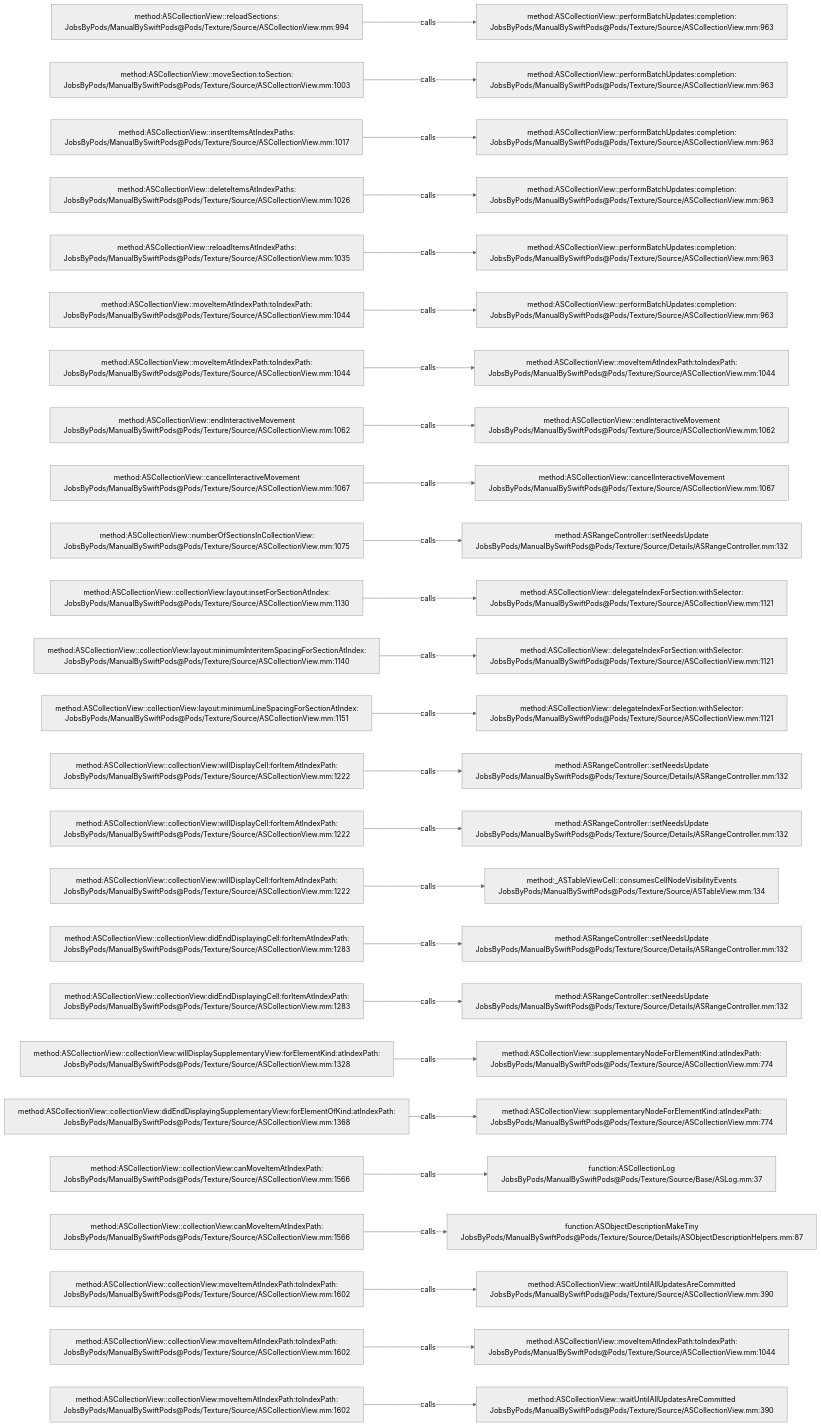
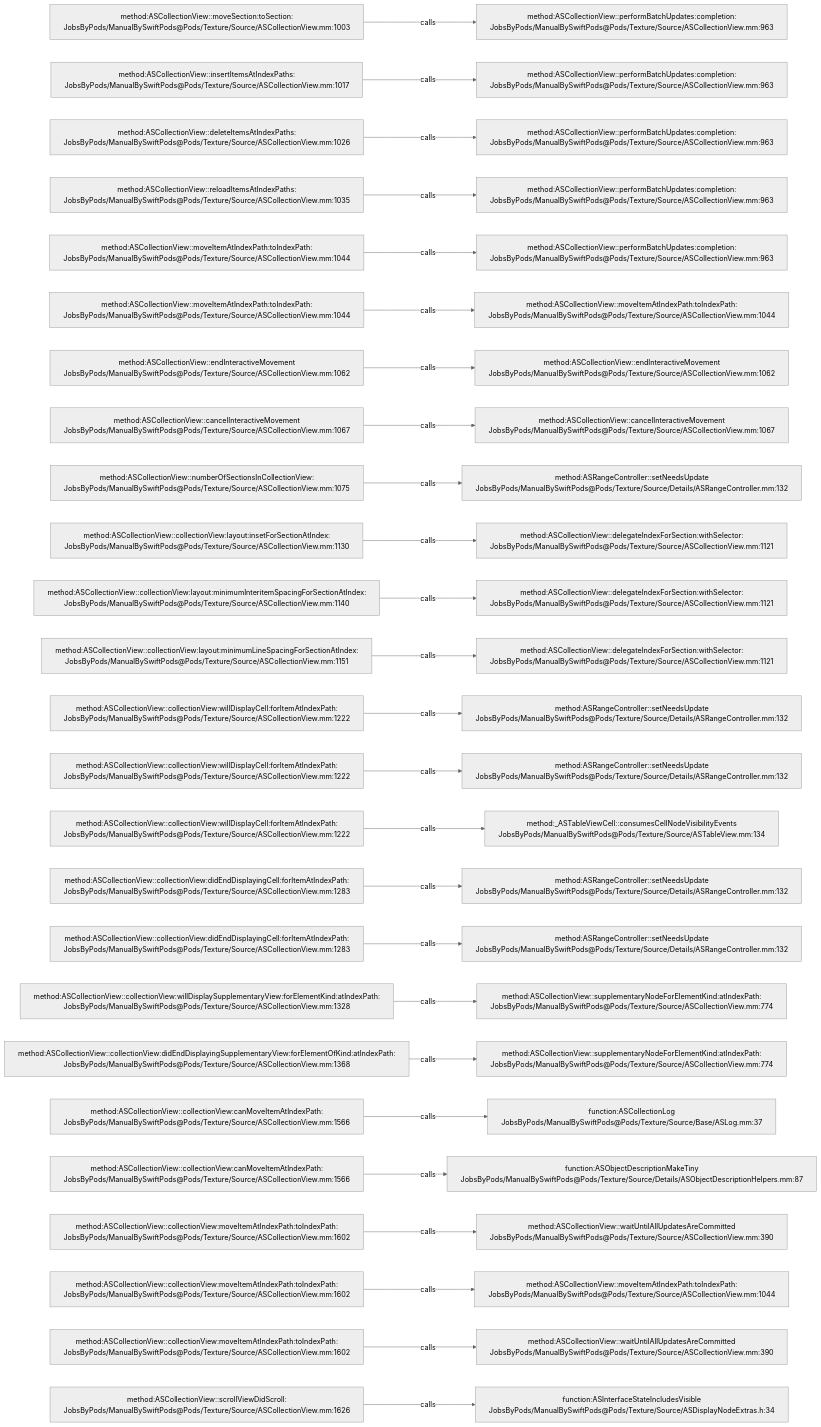
One commit to JobsKits/JobsSwiftBaseConfigDemo changed the diagram in .codegraph/codegraph.md/graphs/calls-012.md. Above: the diagram before and after it, drawn with Mermaid (neutral theme). The commit also changed 747 other files, not shown here.

````diff
--- a/.codegraph/codegraph.md/graphs/calls-012.md
+++ b/.codegraph/codegraph.md/graphs/calls-012.md
@@ -13,78 +13,78 @@
 ```mermaid
 flowchart LR
-  S1["method:ASCollectionView::reloadSections:<br/>JobsByPods/ManualBySwiftPods@Pods/Texture/Source/ASCollectionView.mm:994"]
+  S1["method:ASCollectionView::moveSection:toSection:<br/>JobsByPods/ManualBySwiftPods@Pods/Texture/Source/ASCollectionView.mm:1003"]
   T1["method:ASCollectionView::performBatchUpdates:completion:<br/>JobsByPods/ManualBySwiftPods@Pods/Texture/Source/ASCollectionView.mm:963"]
   S1 -->|calls| T1
-  S2["method:ASCollectionView::moveSection:toSection:<br/>JobsByPods/ManualBySwiftPods@Pods/Texture/Source/ASCollectionView.mm:1003"]
+  S2["method:ASCollectionView::insertItemsAtIndexPaths:<br/>JobsByPods/ManualBySwiftPods@Pods/Texture/Source/ASCollectionView.mm:1017"]
   T2["method:ASCollectionView::performBatchUpdates:completion:<br/>JobsByPods/ManualBySwiftPods@Pods/Texture/Source/ASCollectionView.mm:963"]
   S2 -->|calls| T2
-  S3["method:ASCollectionView::insertItemsAtIndexPaths:<br/>JobsByPods/ManualBySwiftPods@Pods/Texture/Source/ASCollectionView.mm:1017"]
+  S3["method:ASCollectionView::deleteItemsAtIndexPaths:<br/>JobsByPods/ManualBySwiftPods@Pods/Texture/Source/ASCollectionView.mm:1026"]
   T3["method:ASCollectionView::performBatchUpdates:completion:<br/>JobsByPods/ManualBySwiftPods@Pods/Texture/Source/ASCollectionView.mm:963"]
   S3 -->|calls| T3
-  S4["method:ASCollectionView::deleteItemsAtIndexPaths:<br/>JobsByPods/ManualBySwiftPods@Pods/Texture/Source/ASCollectionView.mm:1026"]
+  S4["method:ASCollectionView::reloadItemsAtIndexPaths:<br/>JobsByPods/ManualBySwiftPods@Pods/Texture/Source/ASCollectionView.mm:1035"]
   T4["method:ASCollectionView::performBatchUpdates:completion:<br/>JobsByPods/ManualBySwiftPods@Pods/Texture/Source/ASCollectionView.mm:963"]
   S4 -->|calls| T4
-  S5["method:ASCollectionView::reloadItemsAtIndexPaths:<br/>JobsByPods/ManualBySwiftPods@Pods/Texture/Source/ASCollectionView.mm:1035"]
+  S5["method:ASCollectionView::moveItemAtIndexPath:toIndexPath:<br/>JobsByPods/ManualBySwiftPods@Pods/Texture/Source/ASCollectionView.mm:1044"]
   T5["method:ASCollectionView::performBatchUpdates:completion:<br/>JobsByPods/ManualBySwiftPods@Pods/Texture/Source/ASCollectionView.mm:963"]
   S5 -->|calls| T5
   S6["method:ASCollectionView::moveItemAtIndexPath:toIndexPath:<br/>JobsByPods/ManualBySwiftPods@Pods/Texture/Source/ASCollectionView.mm:1044"]
-  T6["method:ASCollectionView::performBatchUpdates:completion:<br/>JobsByPods/ManualBySwiftPods@Pods/Texture/Source/ASCollectionView.mm:963"]
+  T6["method:ASCollectionView::moveItemAtIndexPath:toIndexPath:<br/>JobsByPods/ManualBySwiftPods@Pods/Texture/Source/ASCollectionView.mm:1044"]
   S6 -->|calls| T6
-  S7["method:ASCollectionView::moveItemAtIndexPath:toIndexPath:<br/>JobsByPods/ManualBySwiftPods@Pods/Texture/Source/ASCollectionView.mm:1044"]
-  T7["method:ASCollectionView::moveItemAtIndexPath:toIndexPath:<br/>JobsByPods/ManualBySwiftPods@Pods/Texture/Source/ASCollectionView.mm:1044"]
+  S7["method:ASCollectionView::endInteractiveMovement<br/>JobsByPods/ManualBySwiftPods@Pods/Texture/Source/ASCollectionView.mm:1062"]
+  T7["method:ASCollectionView::endInteractiveMovement<br/>JobsByPods/ManualBySwiftPods@Pods/Texture/Source/ASCollectionView.mm:1062"]
   S7 -->|calls| T7
-  S8["method:ASCollectionView::endInteractiveMovement<br/>JobsByPods/ManualBySwiftPods@Pods/Texture/Source/ASCollectionView.mm:1062"]
-  T8["method:ASCollectionView::endInteractiveMovement<br/>JobsByPods/ManualBySwiftPods@Pods/Texture/Source/ASCollectionView.mm:1062"]
+  S8["method:ASCollectionView::cancelInteractiveMovement<br/>JobsByPods/ManualBySwiftPods@Pods/Texture/Source/ASCollectionView.mm:1067"]
+  T8["method:ASCollectionView::cancelInteractiveMovement<br/>JobsByPods/ManualBySwiftPods@Pods/Texture/Source/ASCollectionView.mm:1067"]
   S8 -->|calls| T8
-  S9["method:ASCollectionView::cancelInteractiveMovement<br/>JobsByPods/ManualBySwiftPods@Pods/Texture/Source/ASCollectionView.mm:1067"]
-  T9["method:ASCollectionView::cancelInteractiveMovement<br/>JobsByPods/ManualBySwiftPods@Pods/Texture/Source/ASCollectionView.mm:1067"]
+  S9["method:ASCollectionView::numberOfSectionsInCollectionView:<br/>JobsByPods/ManualBySwiftPods@Pods/Texture/Source/ASCollectionView.mm:1075"]
+  T9["method:ASRangeController::setNeedsUpdate<br/>JobsByPods/ManualBySwiftPods@Pods/Texture/Source/Details/ASRangeController.mm:132"]
   S9 -->|calls| T9
-  S10["method:ASCollectionView::numberOfSectionsInCollectionView:<br/>JobsByPods/ManualBySwiftPods@Pods/Texture/Source/ASCollectionView.mm:1075"]
-  T10["method:ASRangeController::setNeedsUpdate<br/>JobsByPods/ManualBySwiftPods@Pods/Texture/Source/Details/ASRangeController.mm:132"]
+  S10["method:ASCollectionView::collectionView:layout:insetForSectionAtIndex:<br/>JobsByPods/ManualBySwiftPods@Pods/Texture/Source/ASCollectionView.mm:1130"]
+  T10["method:ASCollectionView::delegateIndexForSection:withSelector:<br/>JobsByPods/ManualBySwiftPods@Pods/Texture/Source/ASCollectionView.mm:1121"]
   S10 -->|calls| T10
-  S11["method:ASCollectionView::collectionView:layout:insetForSectionAtIndex:<br/>JobsByPods/ManualBySwiftPods@Pods/Texture/Source/ASCollectionView.mm:1130"]
+  S11["method:ASCollectionView::collectionView:layout:minimumInteritemSpacingForSectionAtIndex:<br/>JobsByPods/ManualBySwiftPods@Pods/Texture/Source/ASCollectionView.mm:1140"]
   T11["method:ASCollectionView::delegateIndexForSection:withSelector:<br/>JobsByPods/ManualBySwiftPods@Pods/Texture/Source/ASCollectionView.mm:1121"]
   S11 -->|calls| T11
-  S12["method:ASCollectionView::collectionView:layout:minimumInteritemSpacingForSectionAtIndex:<br/>JobsByPods/ManualBySwiftPods@Pods/Texture/Source/ASCollectionView.mm:1140"]
+  S12["method:ASCollectionView::collectionView:layout:minimumLineSpacingForSectionAtIndex:<br/>JobsByPods/ManualBySwiftPods@Pods/Texture/Source/ASCollectionView.mm:1151"]
   T12["method:ASCollectionView::delegateIndexForSection:withSelector:<br/>JobsByPods/ManualBySwiftPods@Pods/Texture/Source/ASCollectionView.mm:1121"]
   S12 -->|calls| T12
-  S13["method:ASCollectionView::collectionView:layout:minimumLineSpacingForSectionAtIndex:<br/>JobsByPods/ManualBySwiftPods@Pods/Texture/Source/ASCollectionView.mm:1151"]
-  T13["method:ASCollectionView::delegateIndexForSection:withSelector:<br/>JobsByPods/ManualBySwiftPods@Pods/Texture/Source/ASCollectionView.mm:1121"]
+  S13["method:ASCollectionView::collectionView:willDisplayCell:forItemAtIndexPath:<br/>JobsByPods/ManualBySwiftPods@Pods/Texture/Source/ASCollectionView.mm:1222"]
+  T13["method:ASRangeController::setNeedsUpdate<br/>JobsByPods/ManualBySwiftPods@Pods/Texture/Source/Details/ASRangeController.mm:132"]
   S13 -->|calls| T13
   S14["method:ASCollectionView::collectionView:willDisplayCell:forItemAtIndexPath:<br/>JobsByPods/ManualBySwiftPods@Pods/Texture/Source/ASCollectionView.mm:1222"]
   T14["method:ASRangeController::setNeedsUpdate<br/>JobsByPods/ManualBySwiftPods@Pods/Texture/Source/Details/ASRangeController.mm:132"]
   S14 -->|calls| T14
   S15["method:ASCollectionView::collectionView:willDisplayCell:forItemAtIndexPath:<br/>JobsByPods/ManualBySwiftPods@Pods/Texture/Source/ASCollectionView.mm:1222"]
-  T15["method:ASRangeController::setNeedsUpdate<br/>JobsByPods/ManualBySwiftPods@Pods/Texture/Source/Details/ASRangeController.mm:132"]
+  T15["method:_ASTableViewCell::consumesCellNodeVisibilityEvents<br/>JobsByPods/ManualBySwiftPods@Pods/Texture/Source/ASTableView.mm:134"]
   S15 -->|calls| T15
-  S16["method:ASCollectionView::collectionView:willDisplayCell:forItemAtIndexPath:<br/>JobsByPods/ManualBySwiftPods@Pods/Texture/Source/ASCollectionView.mm:1222"]
-  T16["method:_ASTableViewCell::consumesCellNodeVisibilityEvents<br/>JobsByPods/ManualBySwiftPods@Pods/Texture/Source/ASTableView.mm:134"]
+  S16["method:ASCollectionView::collectionView:didEndDisplayingCell:forItemAtIndexPath:<br/>JobsByPods/ManualBySwiftPods@Pods/Texture/Source/ASCollectionView.mm:1283"]
+  T16["method:ASRangeController::setNeedsUpdate<br/>JobsByPods/ManualBySwiftPods@Pods/Texture/Source/Details/ASRangeController.mm:132"]
   S16 -->|calls| T16
   S17["method:ASCollectionView::collectionView:didEndDisplayingCell:forItemAtIndexPath:<br/>JobsByPods/ManualBySwiftPods@Pods/Texture/Source/ASCollectionView.mm:1283"]
   T17["method:ASRangeController::setNeedsUpdate<br/>JobsByPods/ManualBySwiftPods@Pods/Texture/Source/Details/ASRangeController.mm:132"]
   S17 -->|calls| T17
-  S18["method:ASCollectionView::collectionView:didEndDisplayingCell:forItemAtIndexPath:<br/>JobsByPods/ManualBySwiftPods@Pods/Texture/Source/ASCollectionView.mm:1283"]
-  T18["method:ASRangeController::setNeedsUpdate<br/>JobsByPods/ManualBySwiftPods@Pods/Texture/Source/Details/ASRangeController.mm:132"]
+  S18["method:ASCollectionView::collectionView:willDisplaySupplementaryView:forElementKind:atIndexPath:<br/>JobsByPods/ManualBySwiftPods@Pods/Texture/Source/ASCollectionView.mm:1328"]
+  T18["method:ASCollectionView::supplementaryNodeForElementKind:atIndexPath:<br/>JobsByPods/ManualBySwiftPods@Pods/Texture/Source/ASCollectionView.mm:774"]
   S18 -->|calls| T18
-  S19["method:ASCollectionView::collectionView:willDisplaySupplementaryView:forElementKind:atIndexPath:<br/>JobsByPods/ManualBySwiftPods@Pods/Texture/Source/ASCollectionView.mm:1328"]
+  S19["method:ASCollectionView::collectionView:didEndDisplayingSupplementaryView:forElementOfKind:atIndexPath:<br/>JobsByPods/ManualBySwiftPods@Pods/Texture/Source/ASCollectionView.mm:1368"]
   T19["method:ASCollectionView::supplementaryNodeForElementKind:atIndexPath:<br/>JobsByPods/ManualBySwiftPods@Pods/Texture/Source/ASCollectionView.mm:774"]
   S19 -->|calls| T19
-  S20["method:ASCollectionView::collectionView:didEndDisplayingSupplementaryView:forElementOfKind:atIndexPath:<br/>JobsByPods/ManualBySwiftPods@Pods/Texture/Source/ASCollectionView.mm:1368"]
-  T20["method:ASCollectionView::supplementaryNodeForElementKind:atIndexPath:<br/>JobsByPods/ManualBySwiftPods@Pods/Texture/Source/ASCollectionView.mm:774"]
+  S20["method:ASCollectionView::collectionView:canMoveItemAtIndexPath:<br/>JobsByPods/ManualBySwiftPods@Pods/Texture/Source/ASCollectionView.mm:1566"]
+  T20["function:ASCollectionLog<br/>JobsByPods/ManualBySwiftPods@Pods/Texture/Source/Base/ASLog.mm:37"]
   S20 -->|calls| T20
   S21["method:ASCollectionView::collectionView:canMoveItemAtIndexPath:<br/>JobsByPods/ManualBySwiftPods@Pods/Texture/Source/ASCollectionView.mm:1566"]
-  T21["function:ASCollectionLog<br/>JobsByPods/ManualBySwiftPods@Pods/Texture/Source/Base/ASLog.mm:37"]
+  T21["function:ASObjectDescriptionMakeTiny<br/>JobsByPods/ManualBySwiftPods@Pods/Texture/Source/Details/ASObjectDescriptionHelpers.mm:87"]
   S21 -->|calls| T21
-  S22["method:ASCollectionView::collectionView:canMoveItemAtIndexPath:<br/>JobsByPods/ManualBySwiftPods@Pods/Texture/Source/ASCollectionView.mm:1566"]
-  T22["function:ASObjectDescriptionMakeTiny<br/>JobsByPods/ManualBySwiftPods@Pods/Texture/Source/Details/ASObjectDescriptionHelpers.mm:87"]
+  S22["method:ASCollectionView::collectionView:moveItemAtIndexPath:toIndexPath:<br/>JobsByPods/ManualBySwiftPods@Pods/Texture/Source/ASCollectionView.mm:1602"]
+  T22["method:ASCollectionView::waitUntilAllUpdatesAreCommitted<br/>JobsByPods/ManualBySwiftPods@Pods/Texture/Source/ASCollectionView.mm:390"]
   S22 -->|calls| T22
   S23["method:ASCollectionView::collectionView:moveItemAtIndexPath:toIndexPath:<br/>JobsByPods/ManualBySwiftPods@Pods/Texture/Source/ASCollectionView.mm:1602"]
-  T23["method:ASCollectionView::waitUntilAllUpdatesAreCommitted<br/>JobsByPods/ManualBySwiftPods@Pods/Texture/Source/ASCollectionView.mm:390"]
+  T23["method:ASCollectionView::moveItemAtIndexPath:toIndexPath:<br/>JobsByPods/ManualBySwiftPods@Pods/Texture/Source/ASCollectionView.mm:1044"]
   S23 -->|calls| T23
   S24["method:ASCollectionView::collectionView:moveItemAtIndexPath:toIndexPath:<br/>JobsByPods/ManualBySwiftPods@Pods/Texture/Source/ASCollectionView.mm:1602"]
-  T24["method:ASCollectionView::moveItemAtIndexPath:toIndexPath:<br/>JobsByPods/ManualBySwiftPods@Pods/Texture/Source/ASCollectionView.mm:1044"]
+  T24["method:ASCollectionView::waitUntilAllUpdatesAreCommitted<br/>JobsByPods/ManualBySwiftPods@Pods/Texture/Source/ASCollectionView.mm:390"]
   S24 -->|calls| T24
-  S25["method:ASCollectionView::collectionView:moveItemAtIndexPath:toIndexPath:<br/>JobsByPods/ManualBySwiftPods@Pods/Texture/Source/ASCollectionView.mm:1602"]
-  T25["method:ASCollectionView::waitUntilAllUpdatesAreCommitted<br/>JobsByPods/ManualBySwiftPods@Pods/Texture/Source/ASCollectionView.mm:390"]
+  S25["method:ASCollectionView::scrollViewDidScroll:<br/>JobsByPods/ManualBySwiftPods@Pods/Texture/Source/ASCollectionView.mm:1626"]
+  T25["function:ASInterfaceStateIncludesVisible<br/>JobsByPods/ManualBySwiftPods@Pods/Texture/Source/ASDisplayNodeExtras.h:34"]
   S25 -->|calls| T25
 ```
````
